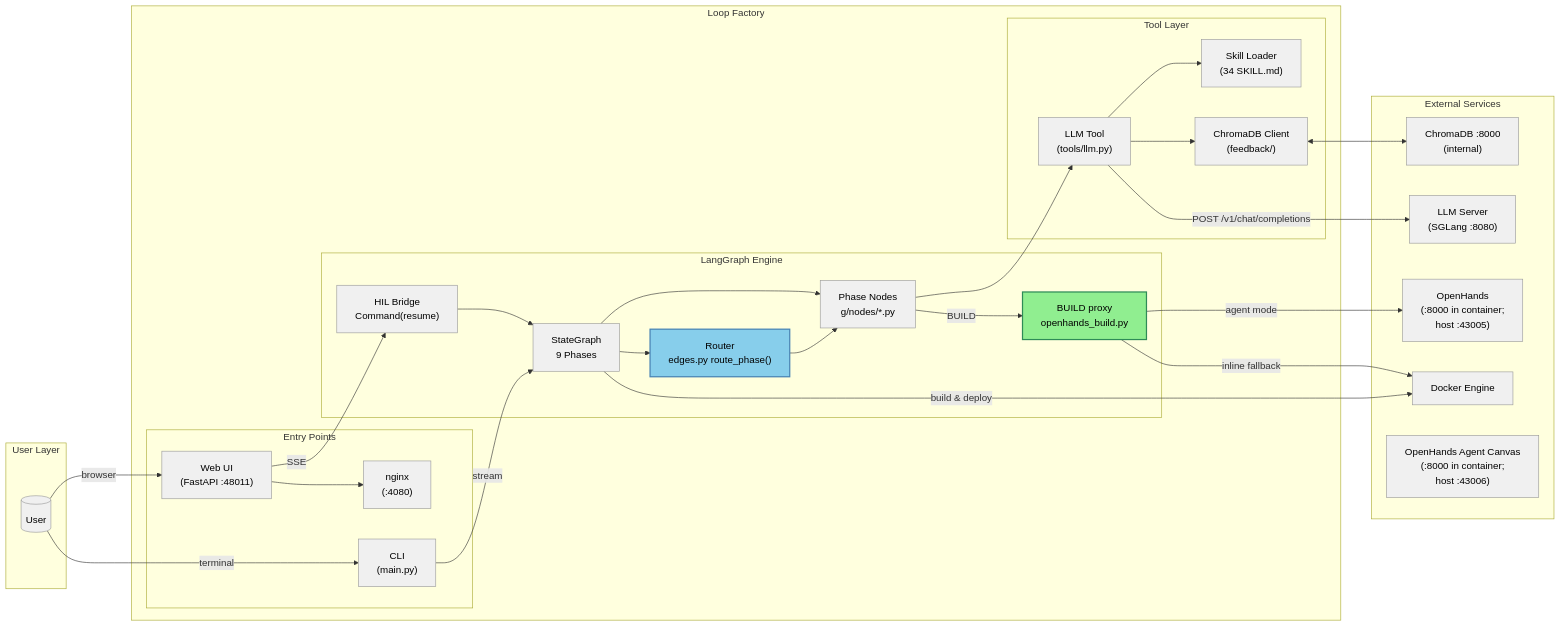
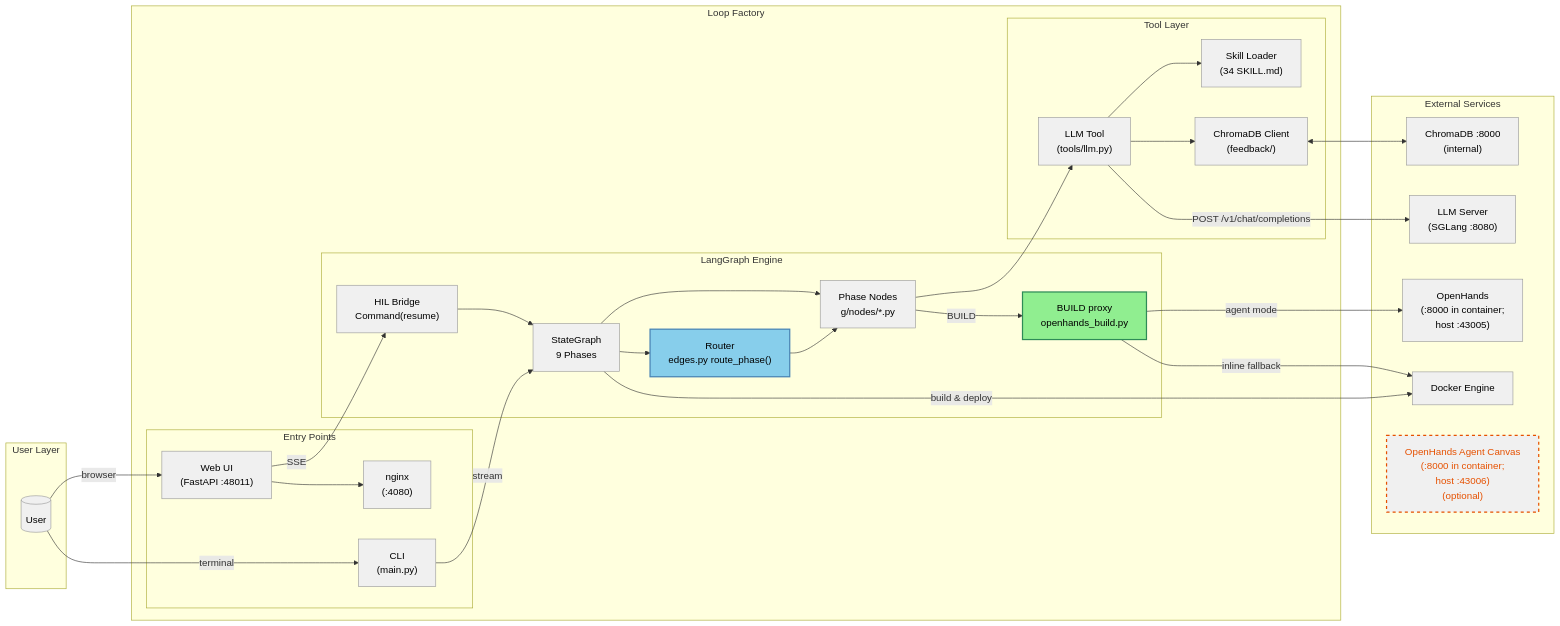
The third of 4 diagrams in README.md (terrygzhou/loop_engineering_factory), drawn with Mermaid before and after one commit. The commit also changed other lines of this file, not shown here.

First line of the commit message:
docs(readme): highlight optional canvas service with dashed lines

````diff
--- a/README.md
+++ b/README.md
@@ -118,65 +118,67 @@
 ```mermaid
 graph LR
     subgraph User["User Layer"]
         U[("User")]
     end
 
     subgraph LoopFactory["Loop Factory"]
         subgraph Entry["Entry Points"]
             CLI["CLI<br/>(main.py)"]
             WebUI["Web UI<br/>(FastAPI :48011)"]
             Nginx["nginx<br/>(:4080)"]
         end
 
         subgraph Engine["LangGraph Engine"]
             Graph["StateGraph<br/>9 Phases"]
             Nodes["Phase Nodes<br/>g/nodes/*.py"]
             Bridge["HIL Bridge<br/>Command(resume)"]
             BuildProxy["BUILD proxy<br/>openhands_build.py"]
             Router["Router<br/>edges.py route_phase()"]
         end
 
         subgraph Tools["Tool Layer"]
             LLM["LLM Tool<br/>(tools/llm.py)"]
             Skills["Skill Loader<br/>(34 SKILL.md)"]
             ChromaC["ChromaDB Client<br/>(feedback/)"]
         end
     end
 
     subgraph External["External Services"]
         LLM_Srv["LLM Server<br/>(SGLang :8080)"]
         Docker["Docker Engine"]
         Chroma["ChromaDB :8000<br/>(internal)"]
         OpenHands["OpenHands<br/>(:8000 in container;<br/>host :43005)"]
-        Canvas["OpenHands Agent Canvas<br/>(:8000 in container;<br/>host :43006)"]
+        Canvas["OpenHands Agent Canvas<br/>(:8000 in container;<br/>host :43006)<br/>(optional)"]
     end
 
     U -->|browser| WebUI
     U -->|terminal| CLI
     CLI -->|stream| Graph
     WebUI -->|SSE| Bridge
     Bridge --> Graph
     Graph --> Nodes
     Graph --> Router
     Router --> Nodes
     Nodes --> LLM
     LLM --> Skills
     LLM --> ChromaC
     LLM -->|"POST /v1/chat/completions"| LLM_Srv
     Graph -->|"build & deploy"| Docker
     ChromaC <--> Chroma
     WebUI --> Nginx
 
     %% BUILD: OpenHands agent delegation with inline fallback
     Nodes -->|"BUILD"| BuildProxy
     BuildProxy -->|"agent mode"| OpenHands
     BuildProxy -->|"inline fallback"| Docker
 
     classDef default fill:#F0F0F0,stroke:#999,stroke-width:1px,color:#000
     classDef hil fill:#FFD700,stroke:#B8860B,stroke-width:2px,color:#000
     classDef agent fill:#90EE90,stroke:#2E8B57,stroke-width:2px,color:#000
     classDef router fill:#87CEEB,stroke:#4682B4,stroke-width:2px,color:#000
+    classDef optional stroke-dasharray: 5 5,stroke:#E65100,stroke-width:2px,color:#E65100
     class BuildProxy agent
-    class OpenHands,Canvas external
+    class OpenHands external
+    class Canvas optional
     class Router router
 ```
````
